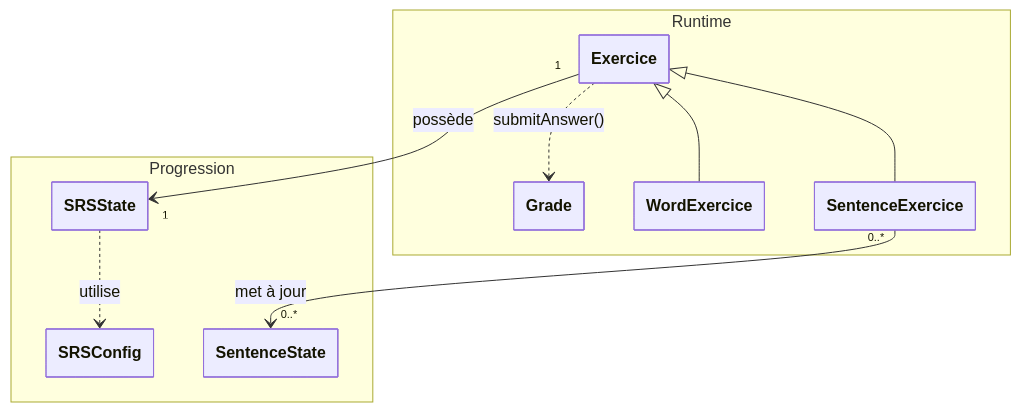
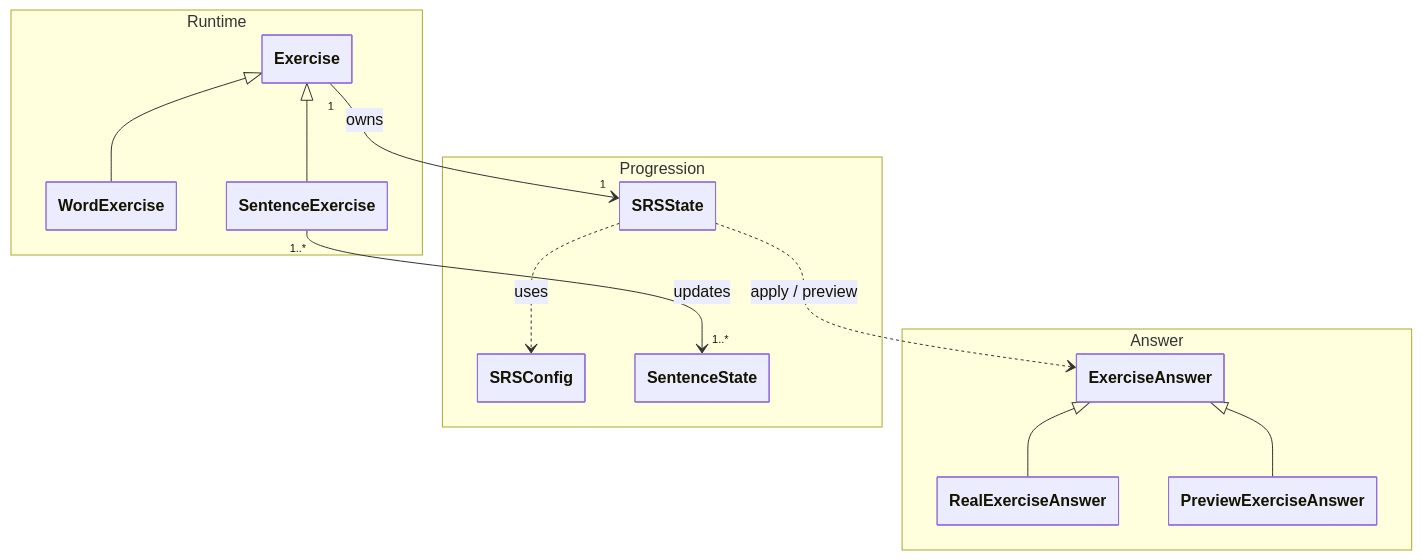
One commit to Antoine-Lagache/psitta changed the diagram in docs/architecture/srs.md. Above: the diagram before and after it, drawn with Mermaid. The commit also changed other lines of this file and 43 other files, not shown here.

````diff
--- a/docs/architecture/srs.md
+++ b/docs/architecture/srs.md
@@ -34,26 +34,37 @@
 ```mermaid
 %%{init: {"class": {"hideEmptyMembersBox": true}} }%%
 classDiagram
 
 namespace Runtime {
-  class Exercice
-  class Grade
-  class WordExercice
-  class SentenceExercice
+  class Exercise
+  class WordExercise
+  class SentenceExercise
 }
 
 namespace Progression {
   class SRSState
   class SRSConfig
   class SentenceState
 }
 
-Exercice <|-- WordExercice
-Exercice <|-- SentenceExercice
+namespace Answer {
+  class ExerciseAnswer
+  class RealExerciseAnswer
+  class PreviewExerciseAnswer
+}
 
-Exercice "1" --> "1" SRSState : possède
-SentenceExercice "0..*" --> "0..*" SentenceState : met à jour
-Exercice ..> Grade : submitAnswer()
-SRSState ..> SRSConfig : utilise
+%% Inheritance
+Exercise <|-- WordExercise
+Exercise <|-- SentenceExercise
 
+ExerciseAnswer <|-- RealExerciseAnswer
+ExerciseAnswer <|-- PreviewExerciseAnswer
+
+%% Core relations
+Exercise "1" --> "1" SRSState : owns
+SentenceExercise "1..*" --> "1..*" SentenceState : updates
+
+%% SRS usage
+SRSState ..> ExerciseAnswer : apply / preview
+SRSState ..> SRSConfig : uses
 ```
````
